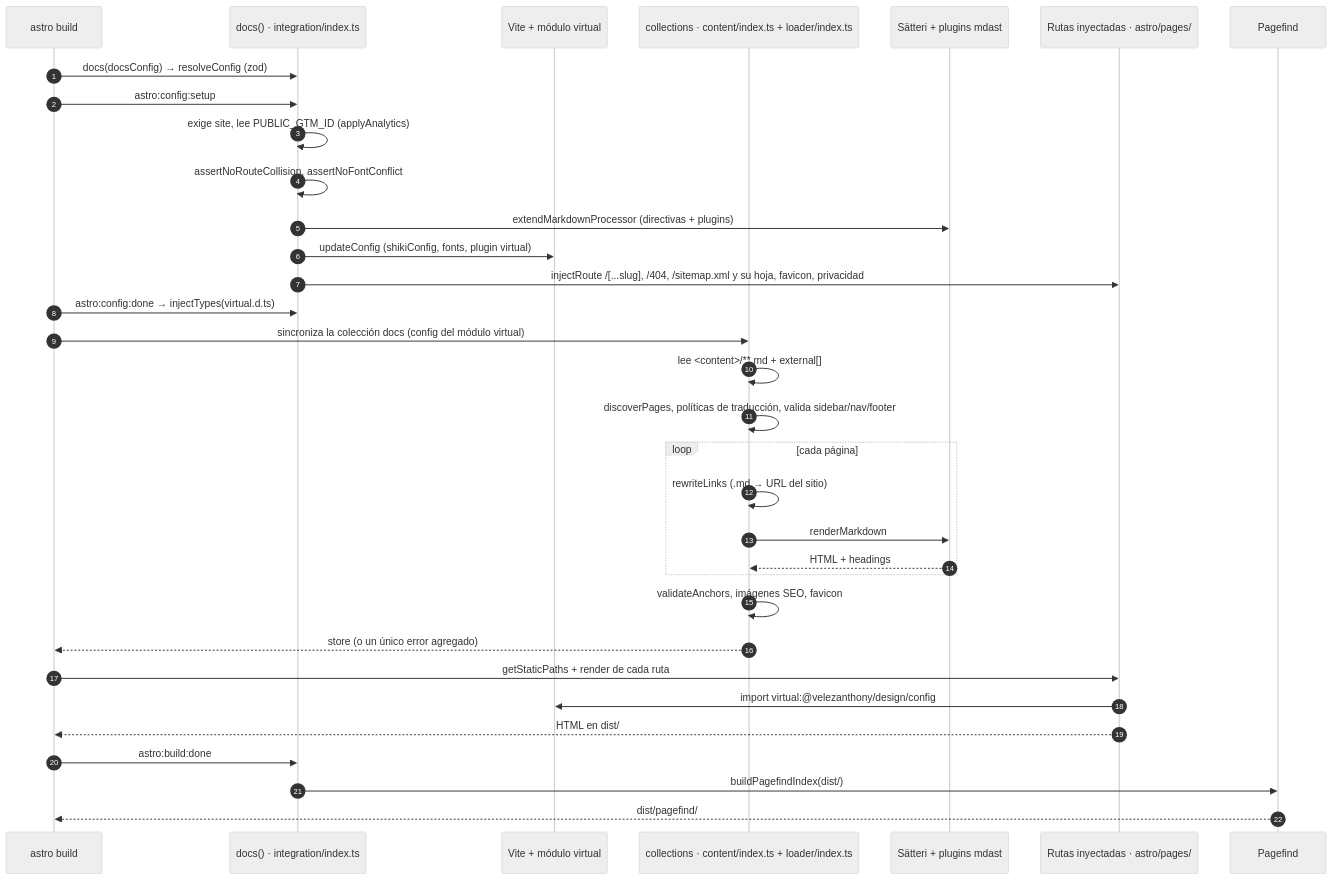
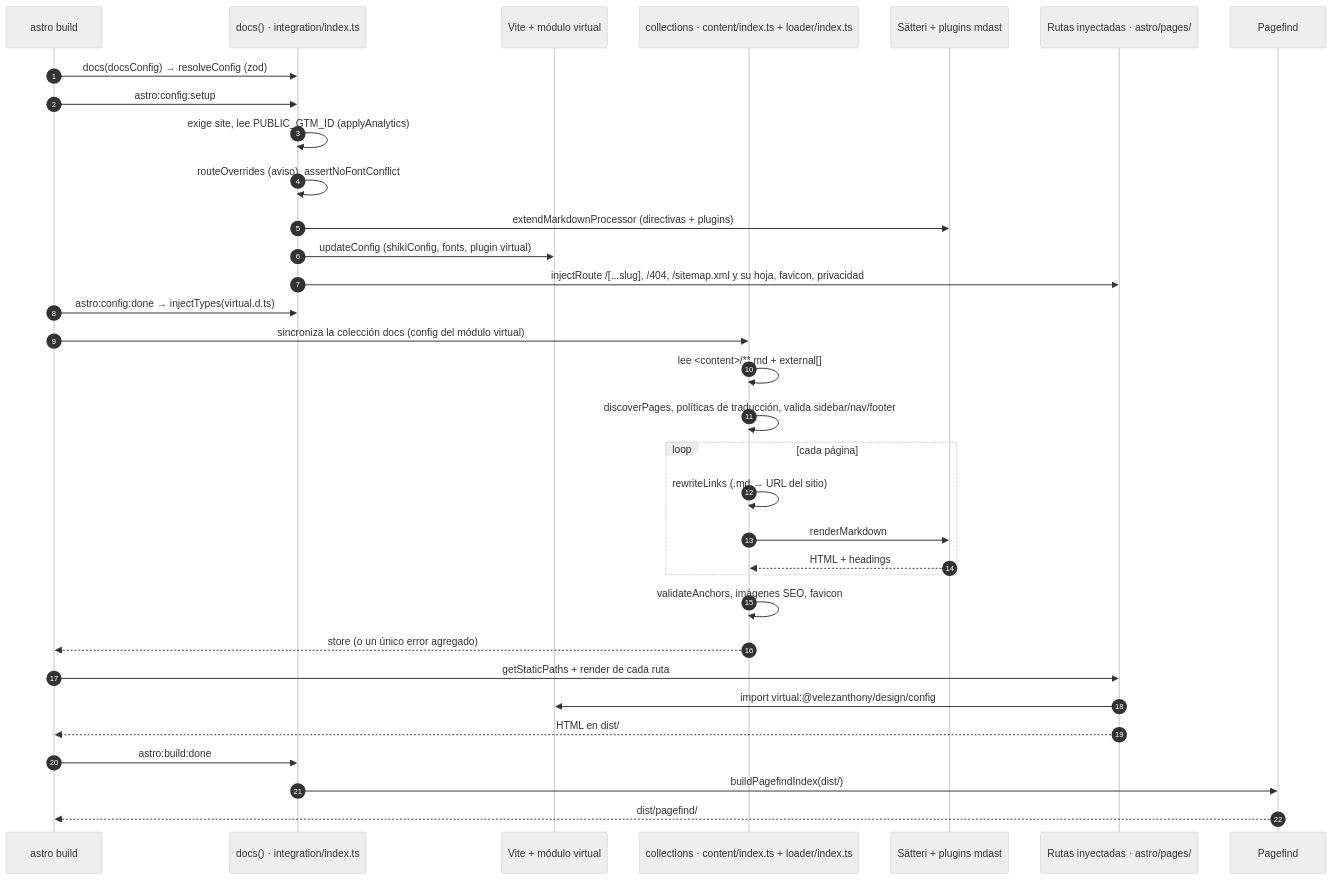
Before and after one commit to velezanthony/design: the first of 2 diagrams in docs/src/content/docs/integracion/por-dentro.md, drawn with Mermaid (neutral theme). The commit also changed other lines of this file and 9 other files, not shown here.

````diff
--- a/docs/src/content/docs/integracion/por-dentro.md
+++ b/docs/src/content/docs/integracion/por-dentro.md
@@ -32,36 +32,36 @@
 ```mermaid
 sequenceDiagram
   autonumber
   participant CLI as astro build
   participant Int as docs() · integration/index.ts
   participant Vite as Vite + módulo virtual
   participant Ldr as collections · content/index.ts + loader/index.ts
   participant MD as Sätteri + plugins mdast
   participant Rt as Rutas inyectadas · astro/pages/
   participant PF as Pagefind
 
   CLI->>Int: docs(docsConfig) → resolveConfig (zod)
   CLI->>Int: astro:config:setup
   Int->>Int: exige site, lee PUBLIC_GTM_ID (applyAnalytics)
-  Int->>Int: assertNoRouteCollision, assertNoFontConflict
+  Int->>Int: routeOverrides (aviso), assertNoFontConflict
   Int->>MD: extendMarkdownProcessor (directivas + plugins)
   Int->>Vite: updateConfig (shikiConfig, fonts, plugin virtual)
   Int->>Rt: injectRoute /[...slug], /404, /sitemap.xml y su hoja, favicon, privacidad
   CLI->>Int: astro:config:done → injectTypes(virtual.d.ts)
   CLI->>Ldr: sincroniza la colección docs (config del módulo virtual)
   Ldr->>Ldr: lee <content>/**.md + external[]
   Ldr->>Ldr: discoverPages, políticas de traducción, valida sidebar/nav/footer
   loop cada página
     Ldr->>Ldr: rewriteLinks (.md → URL del sitio)
     Ldr->>MD: renderMarkdown
     MD-->>Ldr: HTML + headings
   end
   Ldr->>Ldr: validateAnchors, imágenes SEO, favicon
   Ldr-->>CLI: store (o un único error agregado)
   CLI->>Rt: getStaticPaths + render de cada ruta
   Rt->>Vite: import virtual:@velezanthony/design/config
   Rt-->>CLI: HTML en dist/
   CLI->>Int: astro:build:done
   Int->>PF: buildPagefindIndex(dist/)
   PF-->>CLI: dist/pagefind/
 ```
````
